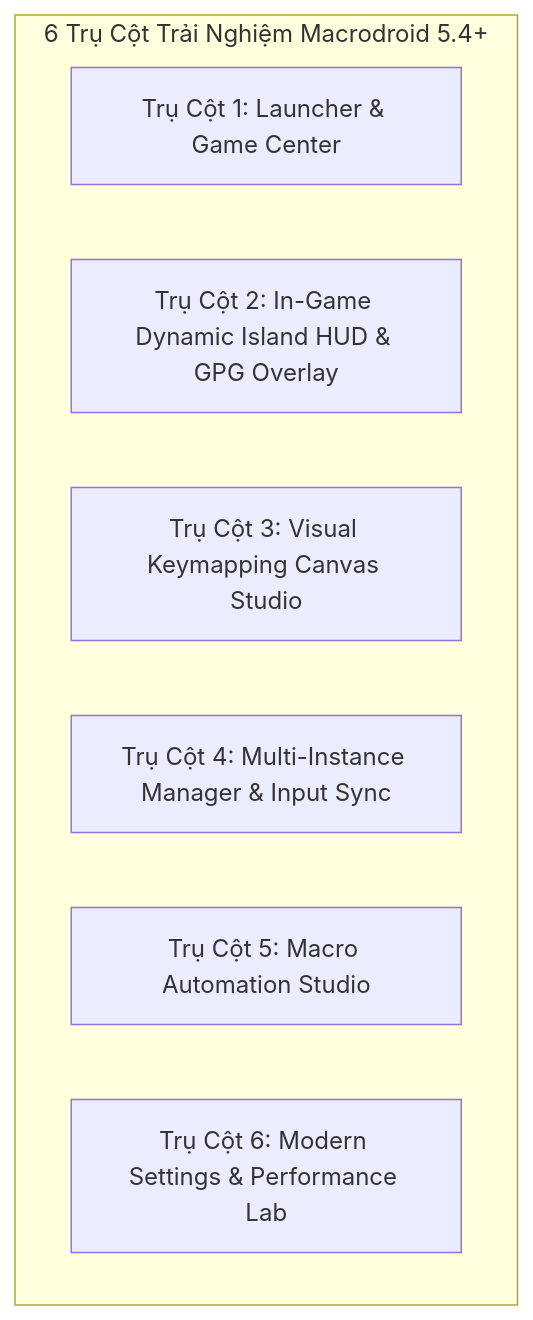
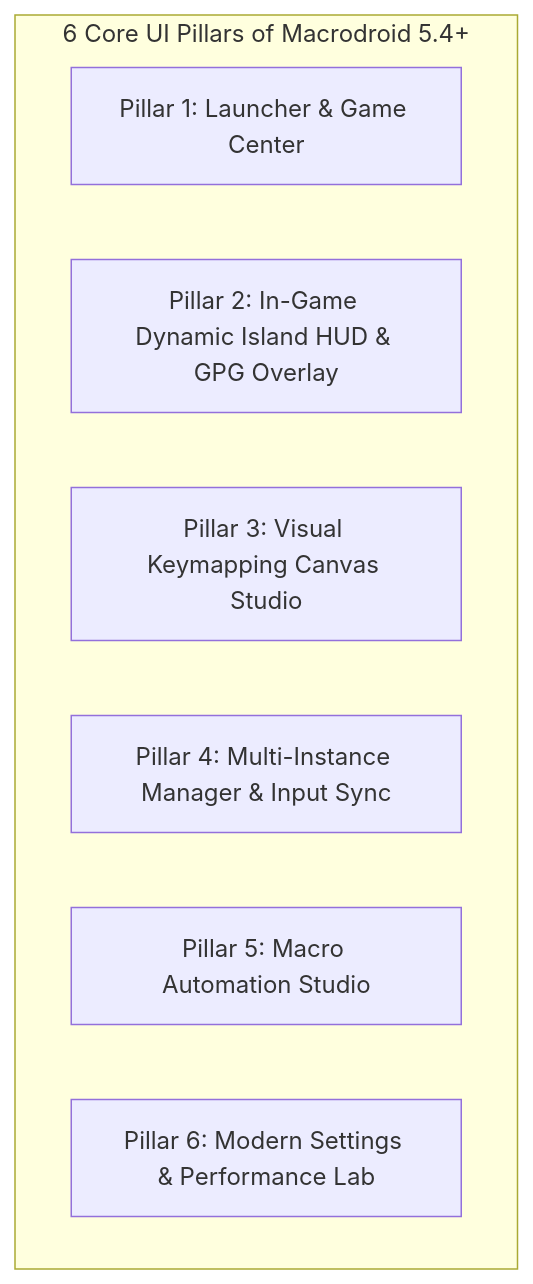
One commit to LamPPKK/Macrodroid changed the first of 2 diagrams in README.md. Above: the diagram before and after it, drawn with Mermaid. The commit also changed other lines of this file, not shown here.

````diff
--- a/README.md
+++ b/README.md
@@ -93,11 +93,11 @@
 ```mermaid
 graph TD
-    subgraph Macrodroid_Pillars ["6 Trụ Cột Trải Nghiệm Macrodroid 5.4+"]
-        P1["Trụ Cột 1: Launcher & Game Center"]
-        P2["Trụ Cột 2: In-Game Dynamic Island HUD & GPG Overlay"]
-        P3["Trụ Cột 3: Visual Keymapping Canvas Studio"]
-        P4["Trụ Cột 4: Multi-Instance Manager & Input Sync"]
-        P5["Trụ Cột 5: Macro Automation Studio"]
-        P6["Trụ Cột 6: Modern Settings & Performance Lab"]
+    subgraph Macrodroid_Pillars ["6 Core UI Pillars of Macrodroid 5.4+"]
+        P1["Pillar 1: Launcher & Game Center"]
+        P2["Pillar 2: In-Game Dynamic Island HUD & GPG Overlay"]
+        P3["Pillar 3: Visual Keymapping Canvas Studio"]
+        P4["Pillar 4: Multi-Instance Manager & Input Sync"]
+        P5["Pillar 5: Macro Automation Studio"]
+        P6["Pillar 6: Modern Settings & Performance Lab"]
     end
 ```
````
